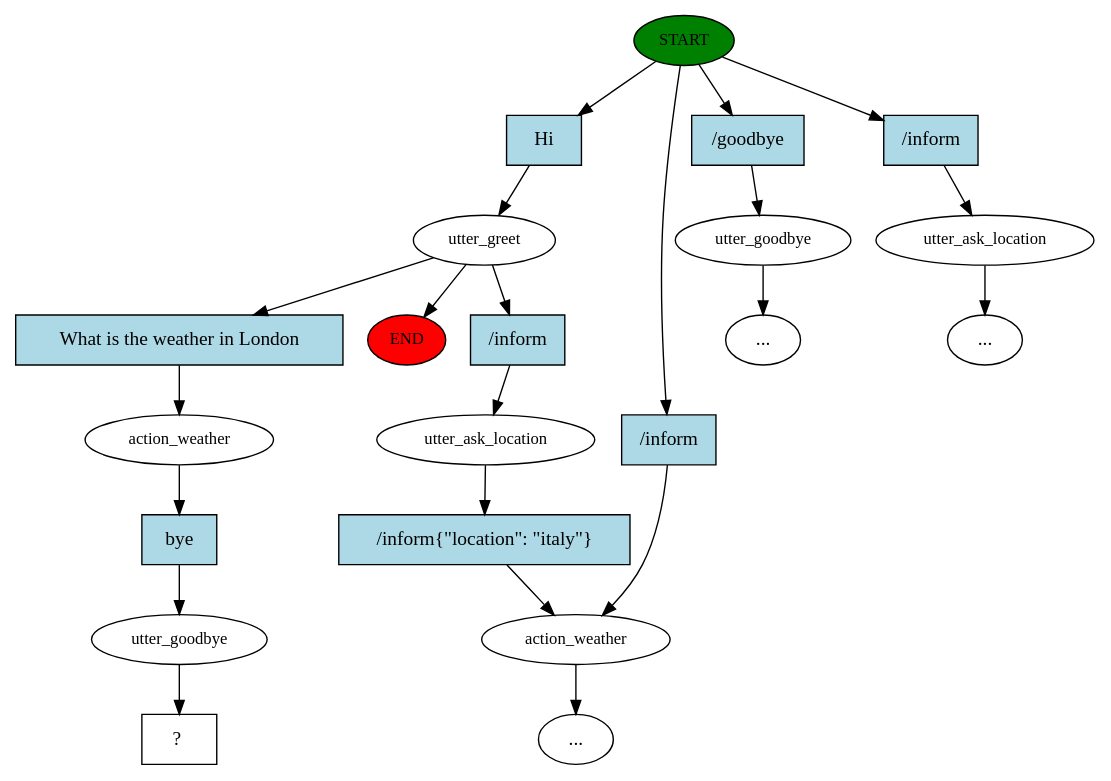
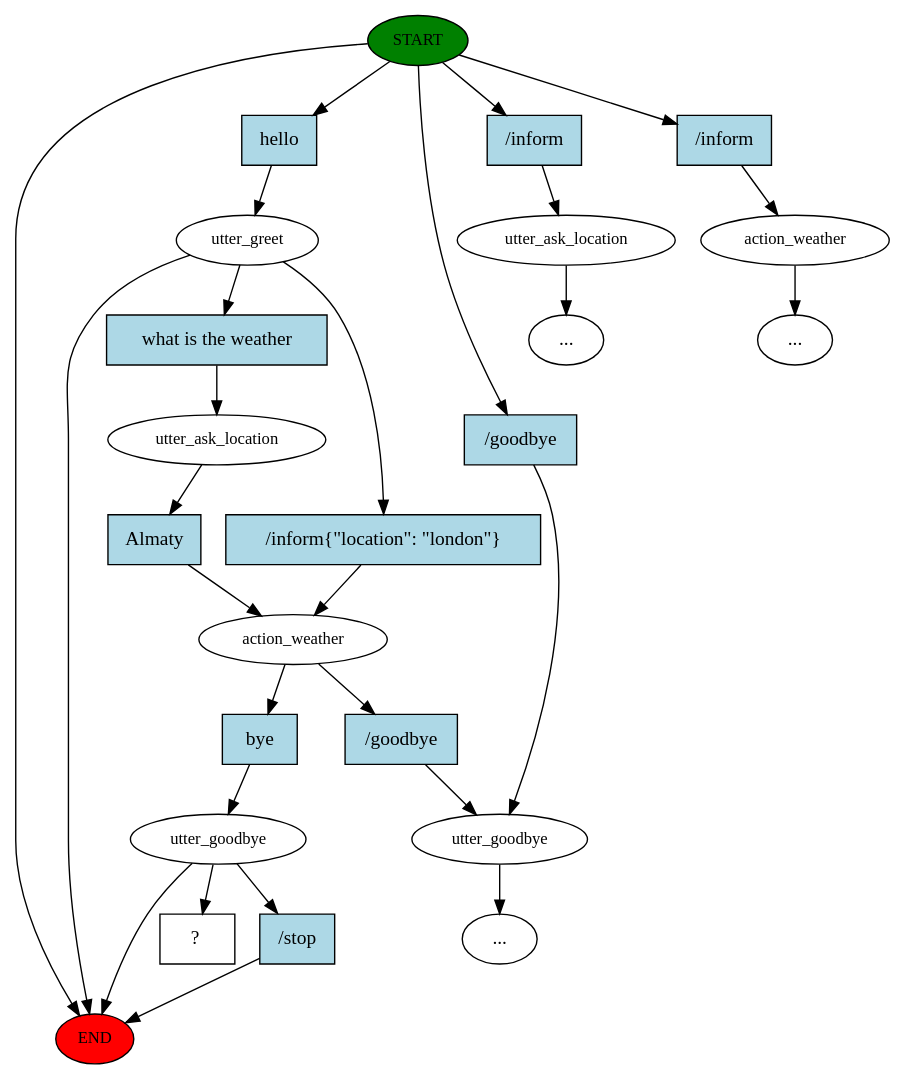
The diagram in story_graph.dot (dimashh/weatherBot), drawn with Graphviz before and after one commit. The commit also changed 1870 other files, not shown here.

```diff
--- a/story_graph.dot
+++ b/story_graph.dot
@@ -1,44 +1,52 @@
 digraph  {
 0 [class="start active", fillcolor=green, fontsize=12, label=START, style=filled];
 "-1" [class=end, fillcolor=red, fontsize=12, label=END, style=filled];
 1 [class=active, fontsize=12, label=utter_greet];
 2 [class="", fontsize=12, label=utter_goodbye];
-"-3" [class=ellipsis, label="..."];
 3 [class="", fontsize=12, label=utter_ask_location];
 "-4" [class=ellipsis, label="..."];
 4 [class="", fontsize=12, label=action_weather];
-6 [class="", fontsize=12, label=utter_ask_location];
+"-5" [class=ellipsis, label="..."];
+6 [class=active, fontsize=12, label=utter_ask_location];
+7 [class=active, fontsize=12, label=action_weather];
+8 [class=active, fontsize=12, label=utter_goodbye];
 "-6" [class=ellipsis, label="..."];
-9 [class=active, fontsize=12, label=action_weather];
-10 [class=active, fontsize=12, label=utter_goodbye];
-11 [class="intent dashed active", label="  ?  ", shape=rect];
-12 [class="intent active", fillcolor=lightblue, label=Hi, shape=rect, style=filled];
-13 [class=intent, fillcolor=lightblue, label="/goodbye", shape=rect, style=filled];
-14 [class=intent, fillcolor=lightblue, label="/inform", shape=rect, style=filled];
-15 [class=intent, fillcolor=lightblue, label="/inform", shape=rect, style=filled];
-16 [class=intent, fillcolor=lightblue, label="/inform", shape=rect, style=filled];
-17 [class="intent active", fillcolor=lightblue, label="What\ is\ the\ weather\ in\ London", shape=rect, style=filled];
-18 [class=intent, fillcolor=lightblue, label="/inform\{\"location\":\ \"italy\"\}", shape=rect, style=filled];
-19 [class="intent active", fillcolor=lightblue, label=bye, shape=rect, style=filled];
-0 -> 12  [class=active, key=0];
-0 -> 13  [class="", key=0];
-0 -> 14  [class="", key=0];
-0 -> 15  [class="", key=0];
+20 [class="intent dashed active", label="  ?  ", shape=rect];
+21 [class="intent active", fillcolor=lightblue, label=hello, shape=rect, style=filled];
+22 [class=intent, fillcolor=lightblue, label="/goodbye", shape=rect, style=filled];
+23 [class=intent, fillcolor=lightblue, label="/inform", shape=rect, style=filled];
+24 [class=intent, fillcolor=lightblue, label="/inform", shape=rect, style=filled];
+25 [class="intent active", fillcolor=lightblue, label="what\ is\ the\ weather", shape=rect, style=filled];
+26 [class=intent, fillcolor=lightblue, label="/inform\{\"location\":\ \"london\"\}", shape=rect, style=filled];
+27 [class="intent active", fillcolor=lightblue, label=Almaty, shape=rect, style=filled];
+28 [class="intent active", fillcolor=lightblue, label=bye, shape=rect, style=filled];
+29 [class=intent, fillcolor=lightblue, label="/goodbye", shape=rect, style=filled];
+30 [class=intent, fillcolor=lightblue, label="/stop", shape=rect, style=filled];
+0 -> "-1"  [class="", key=NONE, label=""];
+0 -> 21  [class=active, key=0];
+0 -> 22  [class="", key=0];
+0 -> 23  [class="", key=0];
+0 -> 24  [class="", key=0];
 1 -> "-1"  [class="", key=NONE, label=""];
-1 -> 16  [class="", key=0];
-1 -> 17  [class=active, key=0];
-2 -> "-3"  [class="", key=NONE, label=""];
+1 -> 25  [class=active, key=0];
+1 -> 26  [class="", key=0];
+2 -> "-6"  [class="", key=NONE, label=""];
 3 -> "-4"  [class="", key=NONE, label=""];
-4 -> "-6"  [class="", key=NONE, label=""];
-6 -> 18  [class="", key=0];
-9 -> 19  [class=active, key=0];
-10 -> 11  [class=active, key=NONE, label=""];
-12 -> 1  [class=active, key=0];
-13 -> 2  [class="", key=0];
-14 -> 3  [class="", key=0];
-15 -> 4  [class="", key=0];
-16 -> 6  [class="", key=0];
-17 -> 9  [class=active, key=0];
-18 -> 4  [class="", key=0];
-19 -> 10  [class=active, key=0];
+4 -> "-5"  [class="", key=NONE, label=""];
+6 -> 27  [class=active, key=0];
+7 -> 28  [class=active, key=0];
+7 -> 29  [class="", key=0];
+8 -> "-1"  [class="", key=NONE, label=""];
+8 -> 20  [class=active, key=NONE, label=""];
+8 -> 30  [class="", key=0];
+21 -> 1  [class=active, key=0];
+22 -> 2  [class="", key=0];
+23 -> 3  [class="", key=0];
+24 -> 4  [class="", key=0];
+25 -> 6  [class=active, key=0];
+26 -> 7  [class="", key=0];
+27 -> 7  [class=active, key=0];
+28 -> 8  [class=active, key=0];
+29 -> 2  [class="", key=0];
+30 -> "-1"  [class="", key=0];
 }
```
